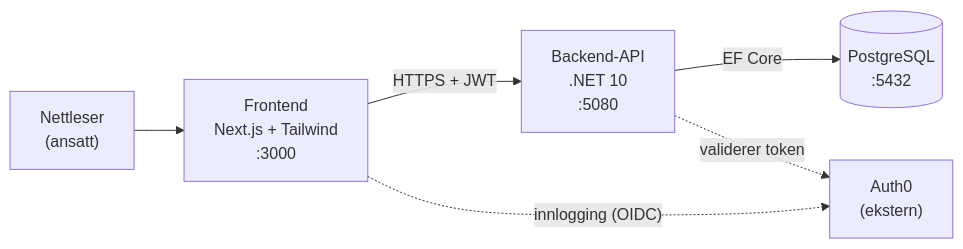
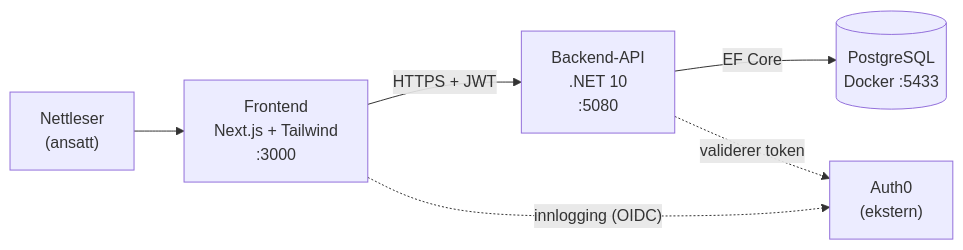
The first of 3 diagrams in docs/02-arkitektur.md (Ketas1/Fagprove), drawn with Mermaid before and after one commit. The commit also changed other lines of this file and 63 other files, not shown here.

````diff
--- a/docs/02-arkitektur.md
+++ b/docs/02-arkitektur.md
@@ -9,14 +9,14 @@
 ```mermaid
 flowchart LR
     B["Nettleser<br/>(ansatt)"]
     F["Frontend<br/>Next.js + Tailwind<br/>:3000"]
     A["Backend-API<br/>.NET 10<br/>:5080"]
-    D[("PostgreSQL<br/>:5432")]
+    D[("PostgreSQL<br/>Docker :5433")]
     Z["Auth0<br/>(ekstern)"]
 
     B --> F
     F -- "HTTPS + JWT" --> A
     A -- "EF Core" --> D
     F -. "innlogging (OIDC)" .-> Z
     A -. "validerer token" .-> Z
 ```
````
